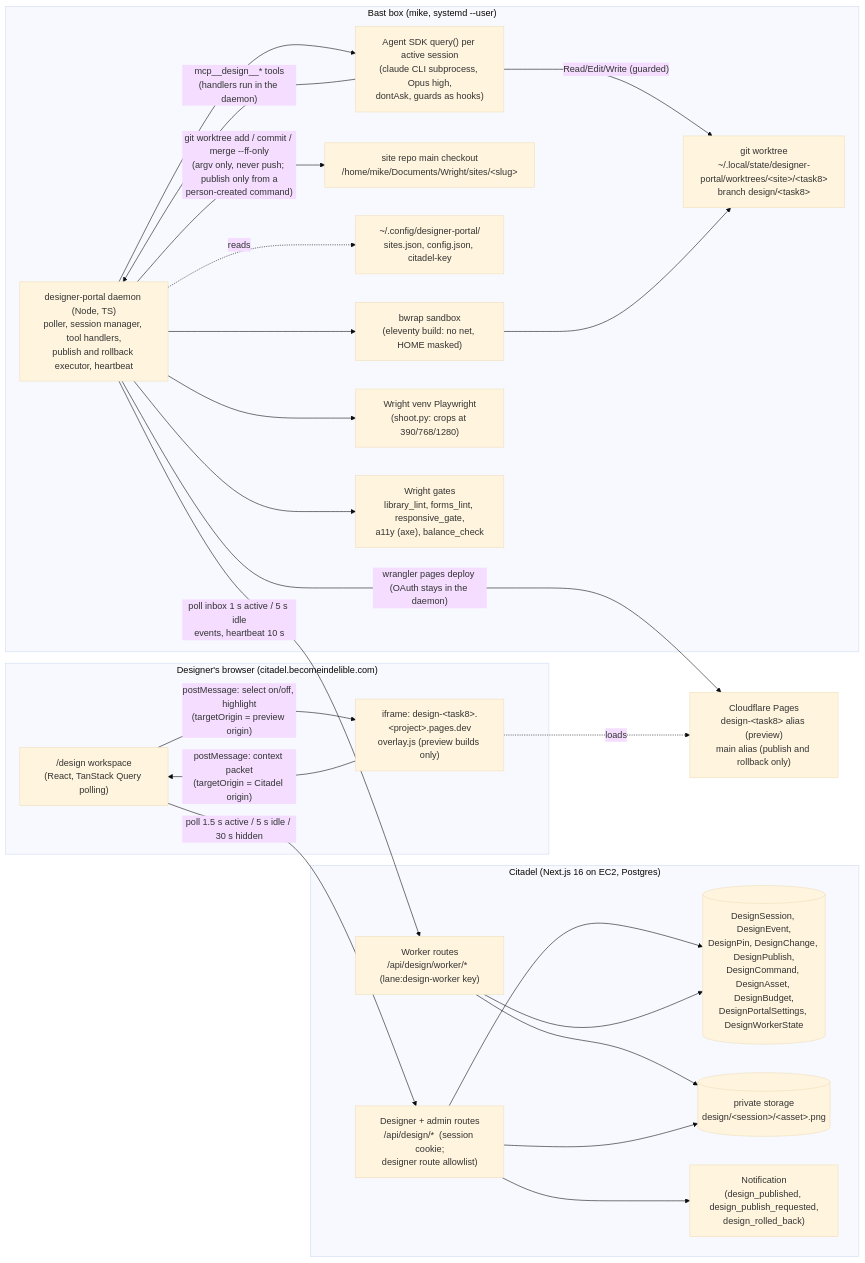
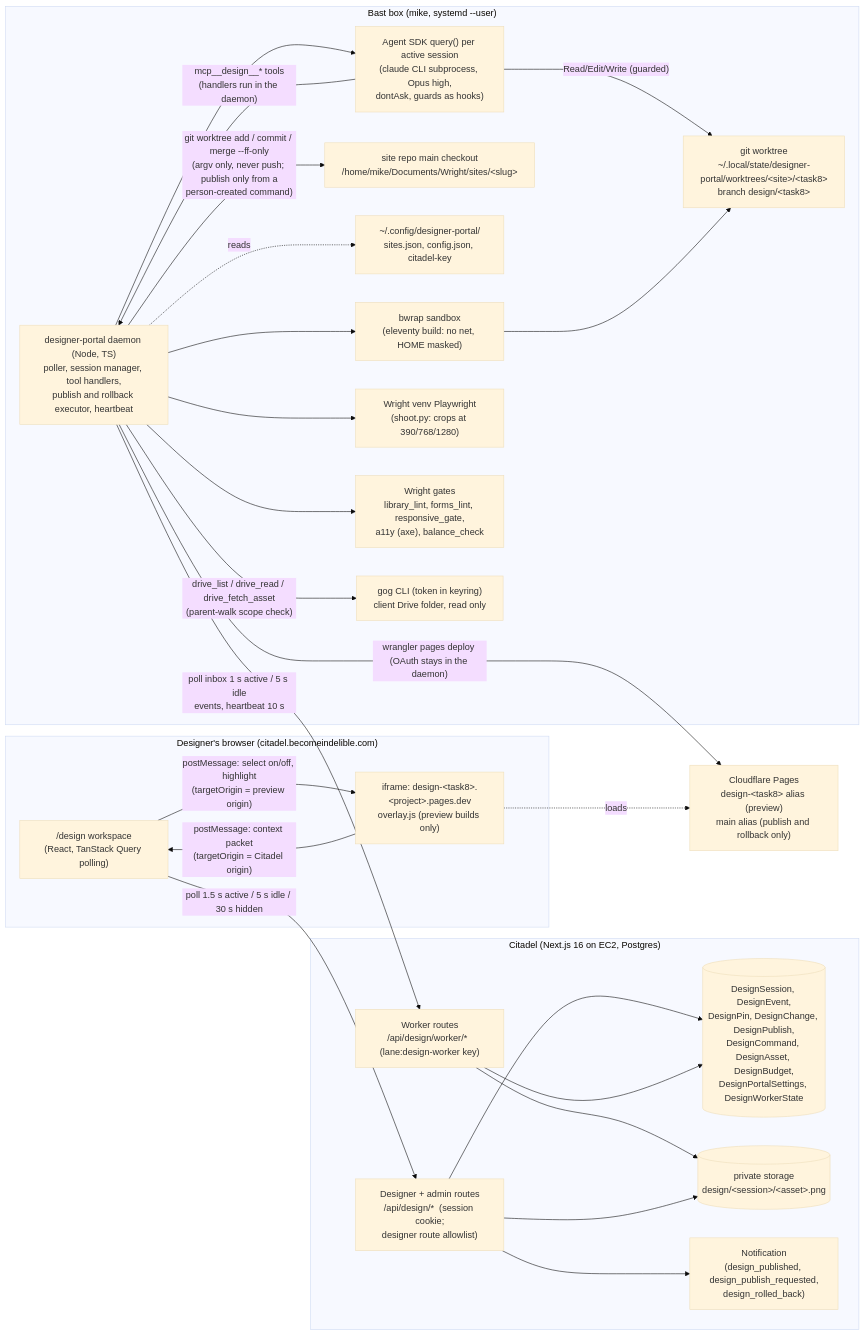
One commit to tonalqualityx/citadel changed the first of 3 diagrams in feature-planning/designer-portal-design.md. Above: the diagram before and after it, drawn with Mermaid (base theme). The commit also changed other lines of this file and 1 other file, not shown here.

First line of the commit message:
Designer Portal plan: client Drive access (D11), Mike as first-class user, isolation-check write-backs, gate status (46 tasks)

````diff
--- a/feature-planning/designer-portal-design.md
+++ b/feature-planning/designer-portal-design.md
@@ -68,48 +68,50 @@
 ```mermaid
 flowchart LR
   subgraph Browser["Designer's browser (citadel.becomeindelible.com)"]
     WS["/design workspace<br/>(React, TanStack Query polling)"]
     IF["iframe: design-&lt;task8&gt;.&lt;project&gt;.pages.dev<br/>overlay.js (preview builds only)"]
     IF -- "postMessage: context packet<br/>(targetOrigin = Citadel origin)" --> WS
     WS -- "postMessage: select on/off, highlight<br/>(targetOrigin = preview origin)" --> IF
   end
 
   subgraph Citadel["Citadel (Next.js 16 on EC2, Postgres)"]
     DAPI["Designer + admin routes<br/>/api/design/*  (session cookie;<br/>designer route allowlist)"]
     WAPI["Worker routes<br/>/api/design/worker/*  (lane:design-worker key)"]
     DB[("DesignSession, DesignEvent,<br/>DesignPin, DesignChange, DesignPublish,<br/>DesignCommand, DesignAsset, DesignBudget,<br/>DesignPortalSettings, DesignWorkerState")]
     ST[("private storage<br/>design/&lt;session&gt;/&lt;asset&gt;.png")]
     NT["Notification<br/>(design_published, design_publish_requested,<br/>design_rolled_back)"]
     DAPI --> DB
     WAPI --> DB
     WAPI --> ST
     DAPI --> ST
     DAPI --> NT
   end
 
   subgraph Box["Bast box (mike, systemd --user)"]
     D["designer-portal daemon (Node, TS)<br/>poller, session manager, tool handlers,<br/>publish and rollback executor, heartbeat"]
     SDK["Agent SDK query() per active session<br/>(claude CLI subprocess, Opus high,<br/>dontAsk, guards as hooks)"]
     WT["git worktree<br/>~/.local/state/designer-portal/worktrees/&lt;site&gt;/&lt;task8&gt;<br/>branch design/&lt;task8&gt;"]
     REPO["site repo main checkout<br/>/home/mike/Documents/Wright/sites/&lt;slug&gt;"]
     CFG["~/.config/designer-portal/<br/>sites.json, config.json, citadel-key"]
     BW["bwrap sandbox<br/>(eleventy build: no net, HOME masked)"]
     PW["Wright venv Playwright<br/>(shoot.py: crops at 390/768/1280)"]
     G["Wright gates<br/>library_lint, forms_lint, responsive_gate,<br/>a11y (axe), balance_check"]
+    GOG["gog CLI (token in keyring)<br/>client Drive folder, read only"]
     D --> SDK
     SDK -- "Read/Edit/Write (guarded)" --> WT
     SDK -- "mcp__design__* tools<br/>(handlers run in the daemon)" --> D
     D --> BW --> WT
     D --> G
     D --> PW
+    D -- "drive_list / drive_read / drive_fetch_asset<br/>(parent-walk scope check)" --> GOG
     D -- "git worktree add / commit / merge --ff-only<br/>(argv only, never push; publish only from a<br/>person-created command)" --> REPO
     D -.reads.-> CFG
   end
 
   CF["Cloudflare Pages<br/>design-&lt;task8&gt; alias (preview)<br/>main alias (publish and rollback only)"]
 
   WS -- "poll 1.5 s active / 5 s idle / 30 s hidden" --> DAPI
   D -- "poll inbox 1 s active / 5 s idle<br/>events, heartbeat 10 s" --> WAPI
   D -- "wrangler pages deploy (OAuth stays in the daemon)" --> CF
   IF -. loads .-> CF
 ```
````
